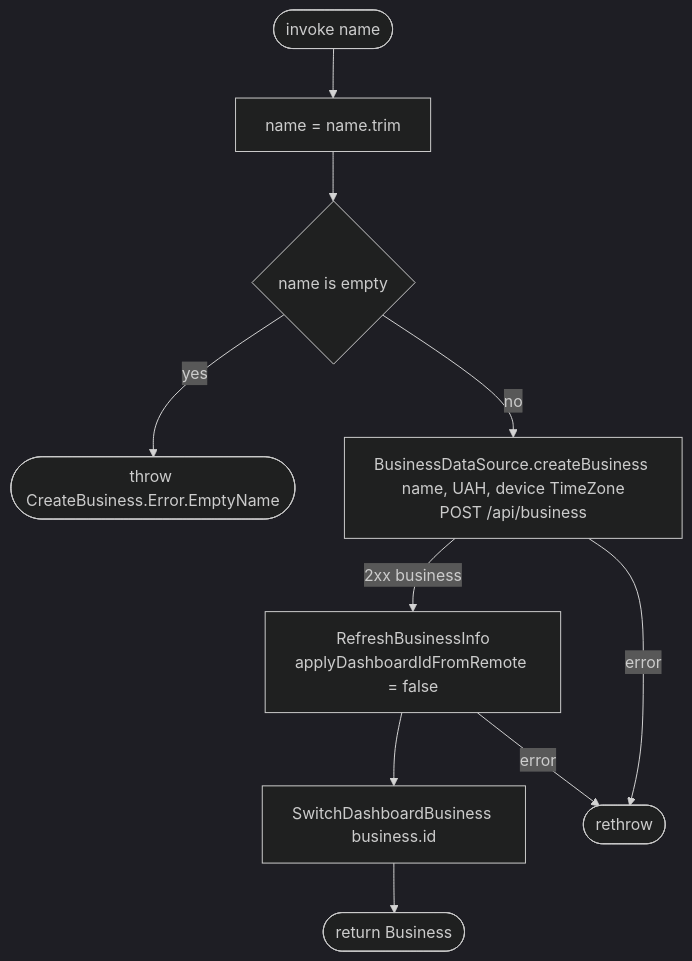
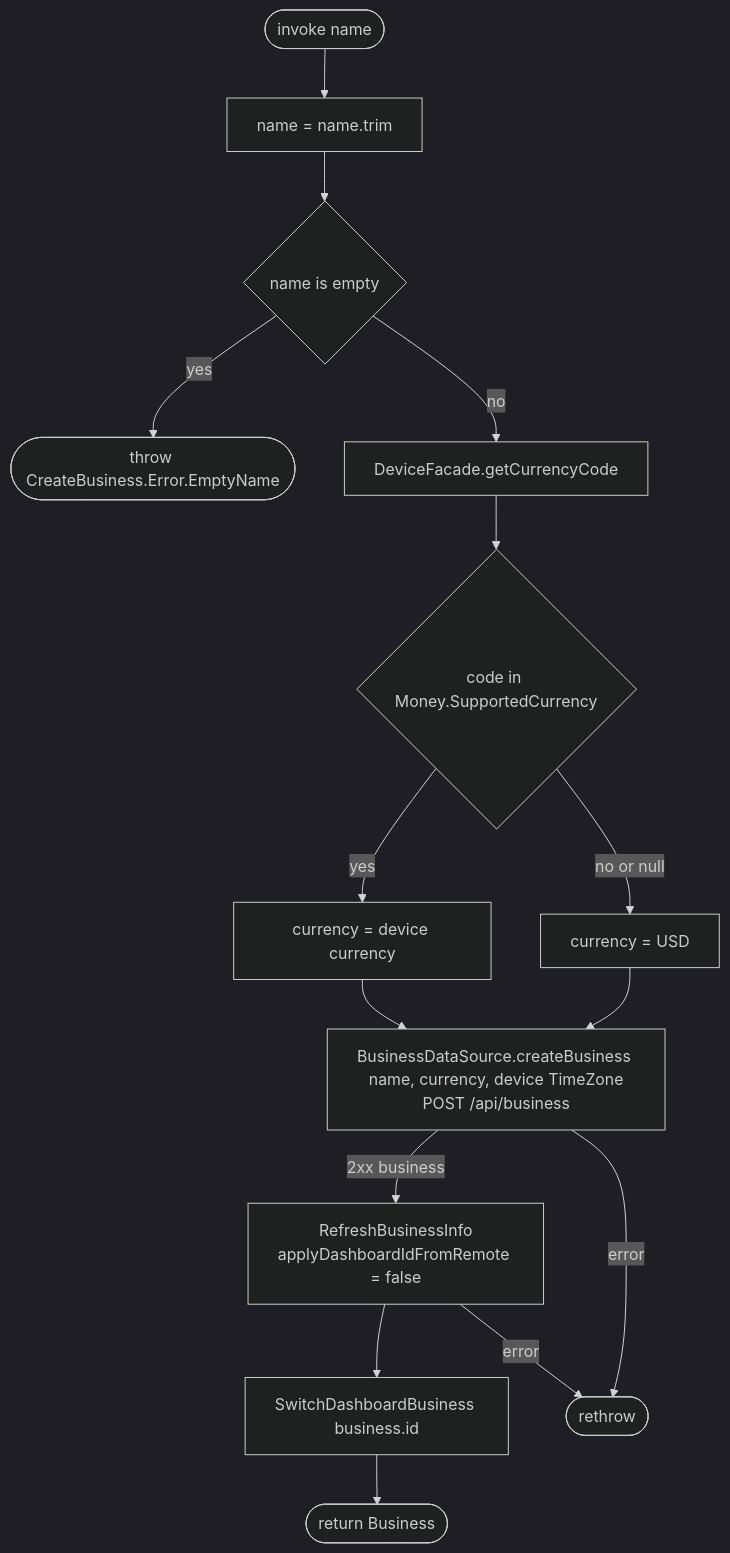
The diagram in docs/operations/business/create-business.md (nocturneproperties/bookkme-client), drawn with Mermaid (dark theme) before and after one commit. The commit also changed other lines of this file and 7 other files, not shown here.

Commit message:
[ISSUE-81] fix currency hardcode during business creation

````diff
--- a/docs/operations/business/create-business.md
+++ b/docs/operations/business/create-business.md
@@ -14,12 +15,17 @@
 ```mermaid
 flowchart TD
     Start([invoke name]) --> Trim[name = name.trim]
     Trim --> Blank{name is empty}
     Blank -- yes --> E0([throw CreateBusiness.Error.EmptyName])
-    Blank -- no --> Net[BusinessDataSource.createBusiness name, UAH, device TimeZone<br/>POST /api/business]
+    Blank -- no --> Cur[DeviceFacade.getCurrencyCode]
+    Cur --> Supported{code in Money.SupportedCurrency}
+    Supported -- yes --> Device[currency = device currency]
+    Supported -- no or null --> Fallback[currency = USD]
+    Device --> Net[BusinessDataSource.createBusiness name, currency, device TimeZone<br/>POST /api/business]
+    Fallback --> Net
     Net -- 2xx business --> Refresh[RefreshBusinessInfo<br/>applyDashboardIdFromRemote = false]
     Refresh --> Switch[SwitchDashboardBusiness business.id]
     Switch --> R([return Business])
     Net -- error --> EX([rethrow])
     Refresh -- error --> EX
 ```
````
